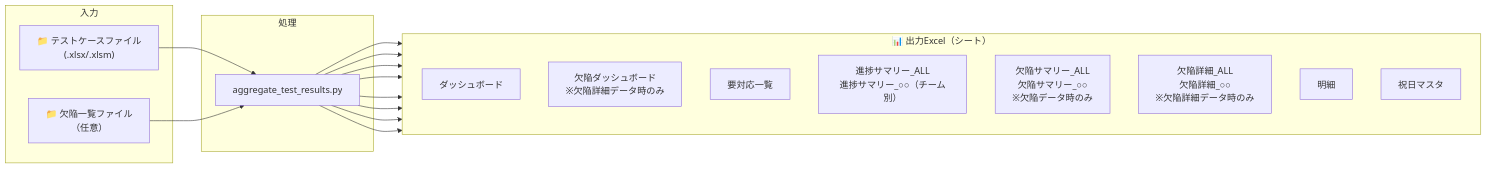
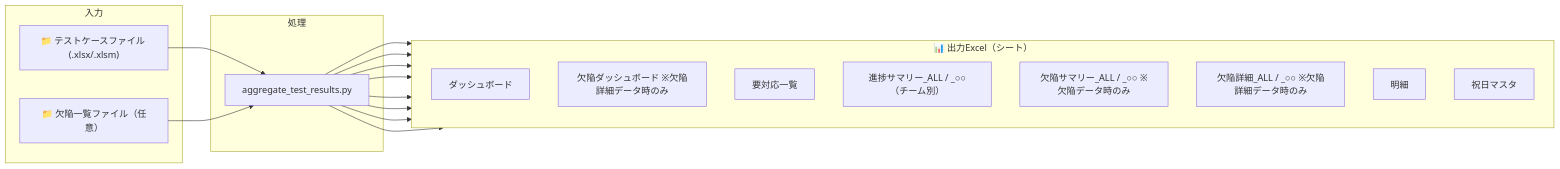
One commit to makio-dev/test-progress-collector changed the third of 4 diagrams in docs/マニュアル.md. Above: the diagram before and after it, drawn with Mermaid. The commit also changed other lines of this file and 2 other files, not shown here.

First line of the commit message:
ドキュメント修正: Mermaid内の \n を除去

````diff
--- a/docs/マニュアル.md
+++ b/docs/マニュアル.md
@@ -436,34 +436,34 @@
 ```mermaid
 flowchart LR
     subgraph 入力
-        TC["📁 テストケースファイル\n(.xlsx/.xlsm)"]
-        DF["📁 欠陥一覧ファイル\n（任意）"]
+        TC["📁 テストケースファイル (.xlsx/.xlsm)"]
+        DF["📁 欠陥一覧ファイル（任意）"]
     end
 
     subgraph 処理
         AGG["aggregate_test_results.py"]
     end
 
     subgraph 出力["📊 出力Excel（シート）"]
         direction TB
         SH1["ダッシュボード"]
-        SH2["欠陥ダッシュボード\n※欠陥詳細データ時のみ"]
+        SH2["欠陥ダッシュボード ※欠陥詳細データ時のみ"]
         SH3["要対応一覧"]
-        SH4["進捗サマリー_ALL\n進捗サマリー_○○（チーム別）"]
-        SH5["欠陥サマリー_ALL\n欠陥サマリー_○○\n※欠陥データ時のみ"]
-        SH6["欠陥詳細_ALL\n欠陥詳細_○○\n※欠陥詳細データ時のみ"]
+        SH4["進捗サマリー_ALL / _○○（チーム別）"]
+        SH5["欠陥サマリー_ALL / _○○ ※欠陥データ時のみ"]
+        SH6["欠陥詳細_ALL / _○○ ※欠陥詳細データ時のみ"]
         SH7["明細"]
         SH8["祝日マスタ"]
     end
 
     TC --> AGG
     DF --> AGG
     AGG --> SH1
     AGG --> SH2
     AGG --> SH3
     AGG --> SH4
     AGG --> SH5
     AGG --> SH6
     AGG --> SH7
     AGG --> SH8
 ```
````
